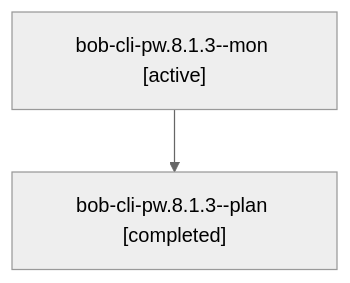
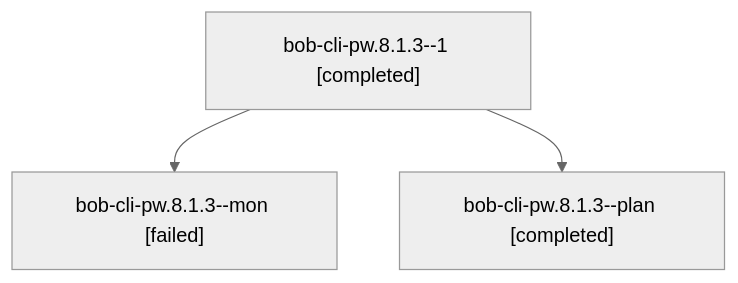
One commit to bobs-org/bob-cli--agents changed the diagram in sessions/bbugyi200.apollo.bob-cli-pw.8.1.3.md. Above: the diagram before and after it, drawn with Mermaid (neutral theme). The commit also changed other lines of this file and 79 other files, not shown here.

````diff
--- a/sessions/bbugyi200.apollo.bob-cli-pw.8.1.3.md
+++ b/sessions/bbugyi200.apollo.bob-cli-pw.8.1.3.md
@@ -9,6 +9,8 @@
 ```mermaid
 flowchart TD
-  n0["bob-cli-pw.8.1.3--mon [active]"]
-  n1["bob-cli-pw.8.1.3--plan [completed]"]
+  n0["bob-cli-pw.8.1.3--1 [completed]"]
+  n1["bob-cli-pw.8.1.3--mon [failed]"]
   n0 --> n1
+  n2["bob-cli-pw.8.1.3--plan [completed]"]
+  n0 --> n2
 ```
````
